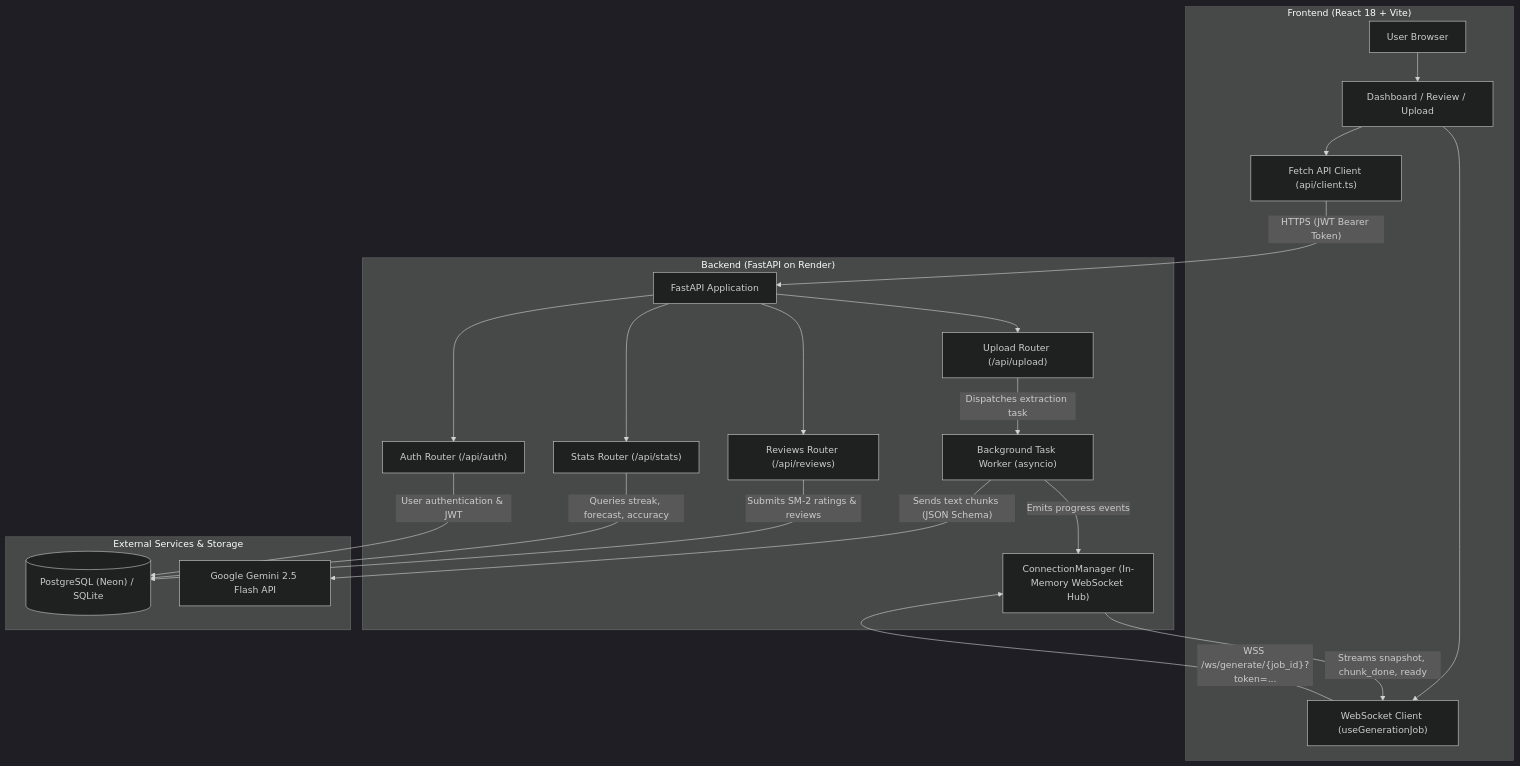
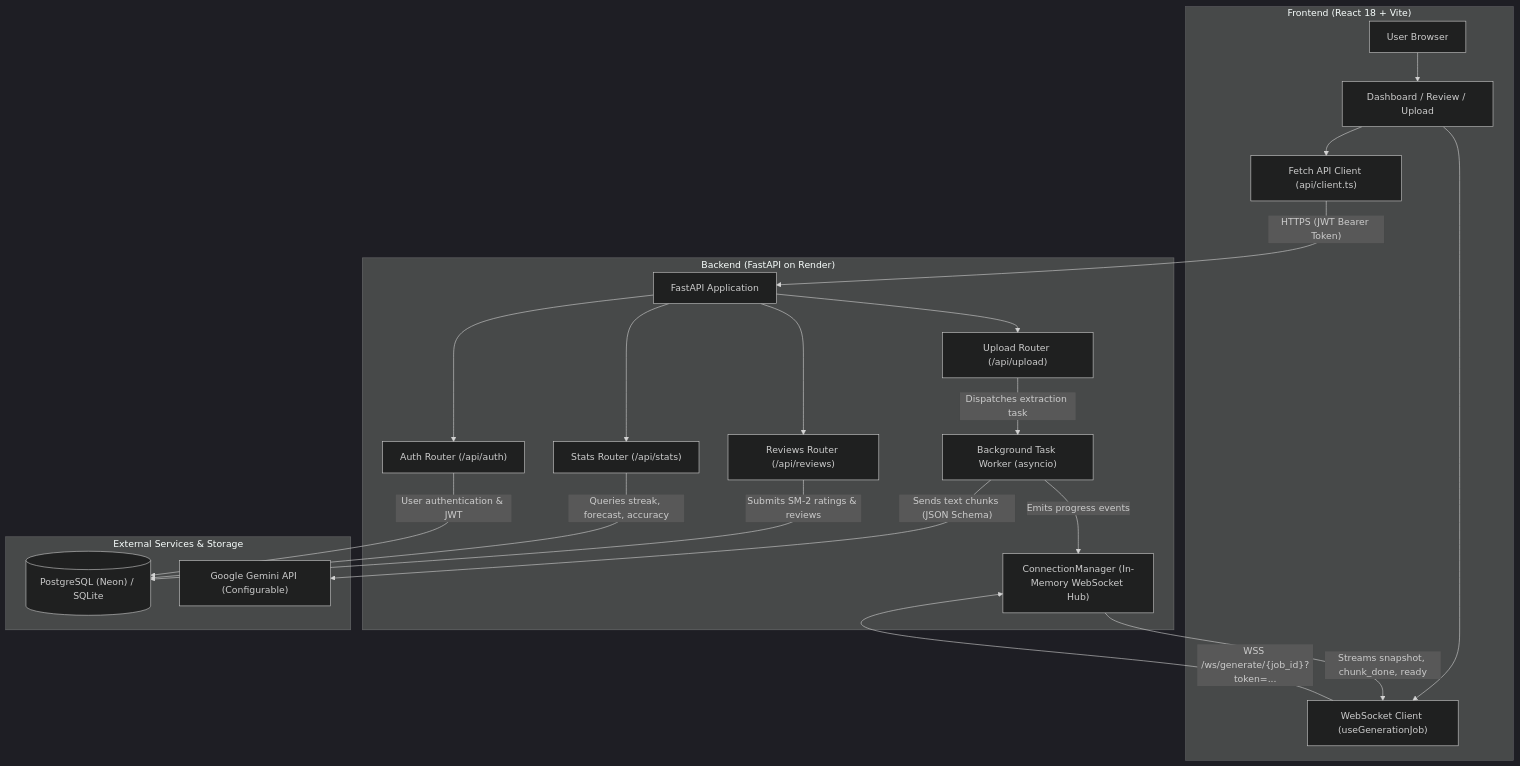
Before and after one commit to w3bxrj/RecallOS: the diagram in README.md, drawn with Mermaid (dark theme). The commit also changed other lines of this file and 4 other files, not shown here.

````diff
--- a/README.md
+++ b/README.md
@@ -95,45 +95,45 @@
 ```mermaid
 flowchart TB
     subgraph Client["Frontend (React 18 + Vite)"]
         Browser["User Browser"]
         UI["Dashboard / Review / Upload"]
         WSClient["WebSocket Client (useGenerationJob)"]
         HTTPClient["Fetch API Client (api/client.ts)"]
     end
 
     subgraph Server["Backend (FastAPI on Render)"]
         App["FastAPI Application"]
         AuthRouter["Auth Router (/api/auth)"]
         UploadRouter["Upload Router (/api/upload)"]
         ReviewsRouter["Reviews Router (/api/reviews)"]
         StatsRouter["Stats Router (/api/stats)"]
         ConnMgr["ConnectionManager (In-Memory WebSocket Hub)"]
         Worker["Background Task Worker (asyncio)"]
     end
 
     subgraph External["External Services & Storage"]
         DB[("PostgreSQL (Neon) / SQLite")]
-        Gemini["Google Gemini 2.5 Flash API"]
+        Gemini["Google Gemini API (Configurable)"]
     end
 
     Browser --> UI
     UI --> HTTPClient
     UI --> WSClient
 
     HTTPClient -- "HTTPS (JWT Bearer Token)" --> App
     WSClient -- "WSS /ws/generate/{job_id}?token=..." --> ConnMgr
 
     App --> AuthRouter
     App --> UploadRouter
     App --> ReviewsRouter
     App --> StatsRouter
 
     UploadRouter -- "Dispatches extraction task" --> Worker
     Worker -- "Sends text chunks (JSON Schema)" --> Gemini
     Worker -- "Emits progress events" --> ConnMgr
     ConnMgr -- "Streams snapshot, chunk_done, ready" --> WSClient
 
     ReviewsRouter -- "Submits SM-2 ratings & reviews" --> DB
     StatsRouter -- "Queries streak, forecast, accuracy" --> DB
     AuthRouter -- "User authentication & JWT" --> DB
 ```
````
